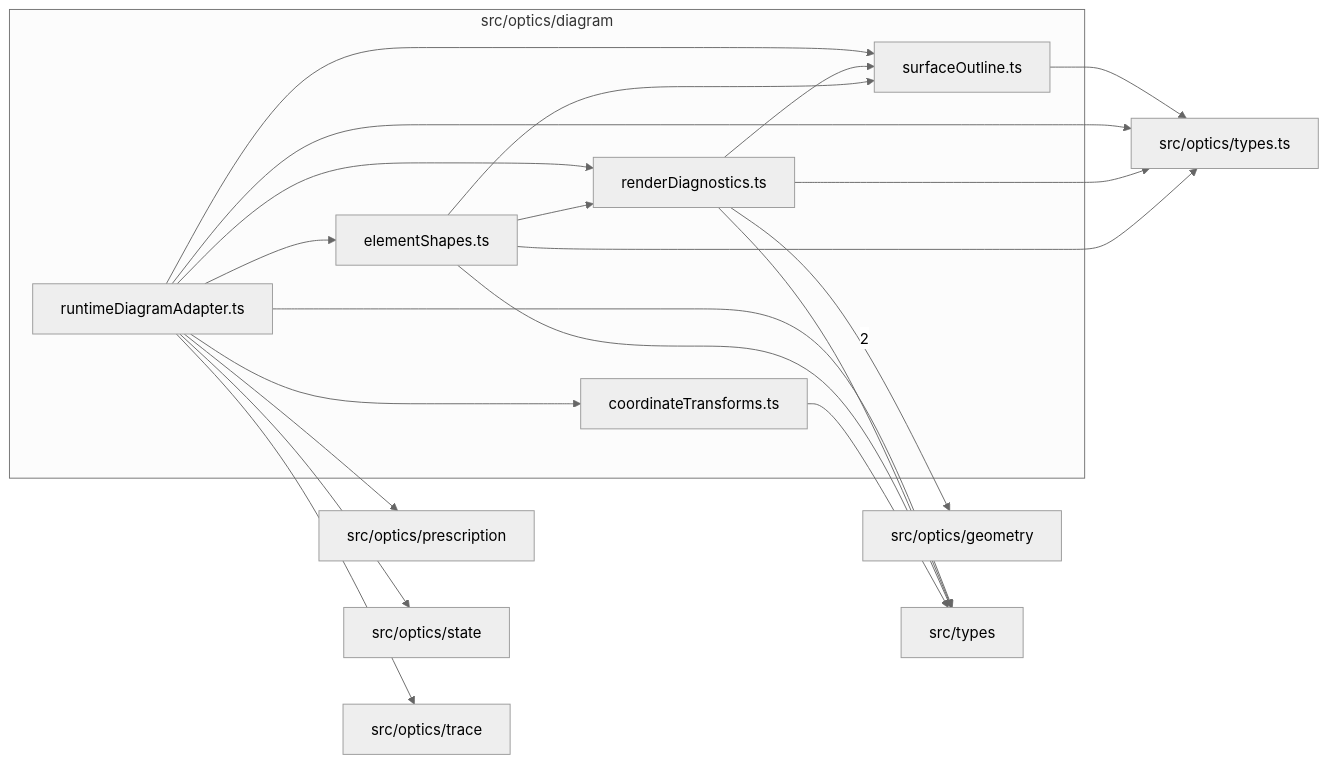
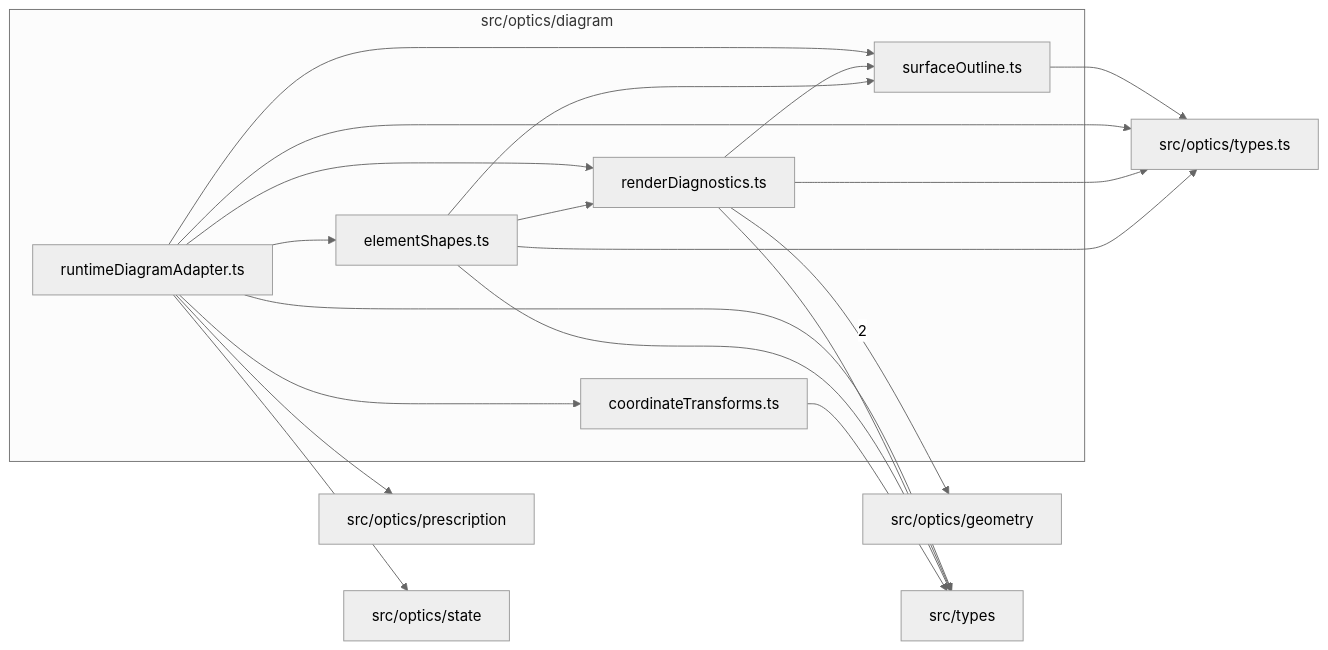
The diagram in src/optics/diagram/readme.md (ronbuening/LensVisualizer), drawn with Mermaid (neutral theme) before and after one commit. The commit also changed other lines of this file and 28 other files, not shown here.

````diff
--- a/src/optics/diagram/readme.md
+++ b/src/optics/diagram/readme.md
@@ -9,35 +9,33 @@
 ```mermaid
 flowchart LR
   subgraph n_src_optics_diagram["src/optics/diagram"]
     n_src_optics_diagram_src_optics_diagram_coordinateTransforms_ts["coordinateTransforms.ts"]
     n_src_optics_diagram_src_optics_diagram_elementShapes_ts["elementShapes.ts"]
     n_src_optics_diagram_src_optics_diagram_renderDiagnostics_ts["renderDiagnostics.ts"]
     n_src_optics_diagram_src_optics_diagram_runtimeDiagramAdapter_ts["runtimeDiagramAdapter.ts"]
     n_src_optics_diagram_src_optics_diagram_surfaceOutline_ts["surfaceOutline.ts"]
   end
   n_external_src_optics_geometry["src/optics/geometry"]
   n_external_src_optics_prescription["src/optics/prescription"]
   n_external_src_optics_state["src/optics/state"]
-  n_external_src_optics_trace["src/optics/trace"]
   n_external_src_optics_types_ts["src/optics/types.ts"]
   n_external_src_types["src/types"]
   n_src_optics_diagram_src_optics_diagram_renderDiagnostics_ts --> |2| n_external_src_optics_geometry
   n_src_optics_diagram_src_optics_diagram_runtimeDiagramAdapter_ts --> n_external_src_optics_prescription
   n_src_optics_diagram_src_optics_diagram_runtimeDiagramAdapter_ts --> n_external_src_optics_state
-  n_src_optics_diagram_src_optics_diagram_runtimeDiagramAdapter_ts --> n_external_src_optics_trace
   n_src_optics_diagram_src_optics_diagram_elementShapes_ts --> n_external_src_optics_types_ts
   n_src_optics_diagram_src_optics_diagram_renderDiagnostics_ts --> n_external_src_optics_types_ts
   n_src_optics_diagram_src_optics_diagram_runtimeDiagramAdapter_ts --> n_external_src_optics_types_ts
   n_src_optics_diagram_src_optics_diagram_surfaceOutline_ts --> n_external_src_optics_types_ts
   n_src_optics_diagram_src_optics_diagram_coordinateTransforms_ts --> n_external_src_types
   n_src_optics_diagram_src_optics_diagram_elementShapes_ts --> n_external_src_types
   n_src_optics_diagram_src_optics_diagram_renderDiagnostics_ts --> n_external_src_types
   n_src_optics_diagram_src_optics_diagram_runtimeDiagramAdapter_ts --> n_external_src_types
   n_src_optics_diagram_src_optics_diagram_runtimeDiagramAdapter_ts --> n_src_optics_diagram_src_optics_diagram_coordinateTransforms_ts
   n_src_optics_diagram_src_optics_diagram_runtimeDiagramAdapter_ts --> n_src_optics_diagram_src_optics_diagram_elementShapes_ts
   n_src_optics_diagram_src_optics_diagram_elementShapes_ts --> n_src_optics_diagram_src_optics_diagram_renderDiagnostics_ts
   n_src_optics_diagram_src_optics_diagram_runtimeDiagramAdapter_ts --> n_src_optics_diagram_src_optics_diagram_renderDiagnostics_ts
   n_src_optics_diagram_src_optics_diagram_elementShapes_ts --> n_src_optics_diagram_src_optics_diagram_surfaceOutline_ts
   n_src_optics_diagram_src_optics_diagram_renderDiagnostics_ts --> n_src_optics_diagram_src_optics_diagram_surfaceOutline_ts
   n_src_optics_diagram_src_optics_diagram_runtimeDiagramAdapter_ts --> n_src_optics_diagram_src_optics_diagram_surfaceOutline_ts
 ```
````
